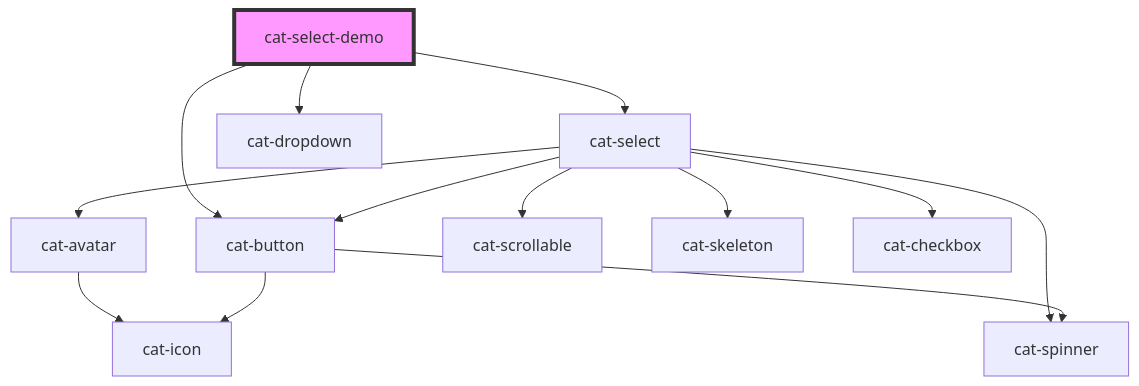
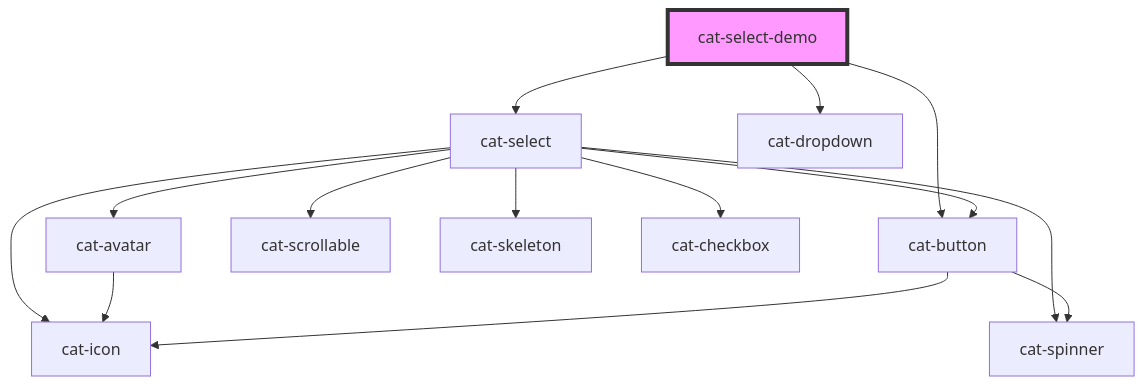
One commit to haiilo/catalyst changed the diagram in core/src/components/cat-select-demo/readme.md. Above: the diagram before and after it, drawn with Mermaid. The commit also changed 22 other files, not shown here.

````diff
--- a/core/src/components/cat-select-demo/readme.md
+++ b/core/src/components/cat-select-demo/readme.md
@@ -17,16 +17,17 @@
 ```mermaid
 graph TD;
   cat-select-demo --> cat-select
   cat-select-demo --> cat-dropdown
   cat-select-demo --> cat-button
   cat-select --> cat-avatar
   cat-select --> cat-button
   cat-select --> cat-spinner
+  cat-select --> cat-icon
   cat-select --> cat-scrollable
   cat-select --> cat-skeleton
   cat-select --> cat-checkbox
   cat-avatar --> cat-icon
   cat-button --> cat-icon
   cat-button --> cat-spinner
   style cat-select-demo fill:#f9f,stroke:#333,stroke-width:4px
 ```
````
